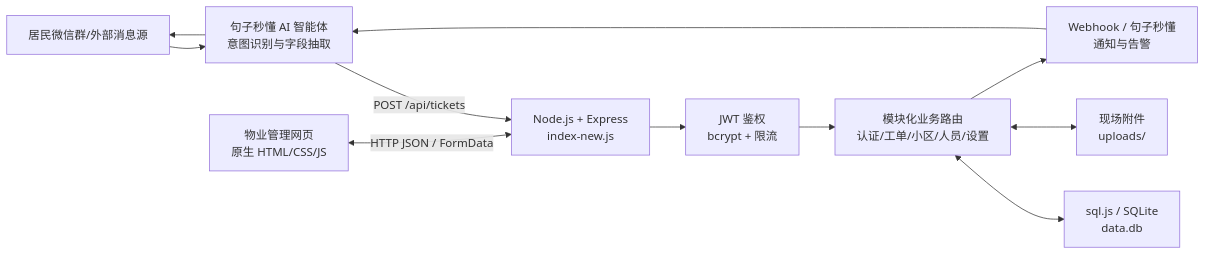
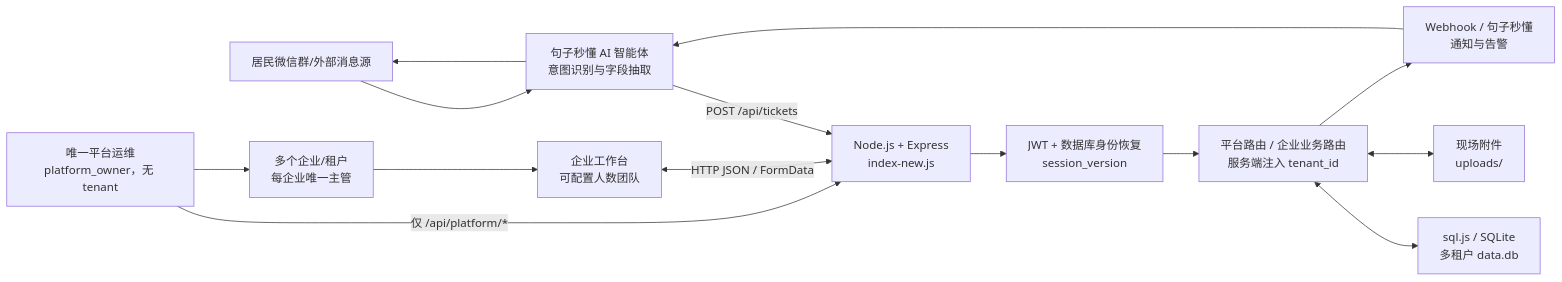
Before and after one commit to yh169499-rgb/property-oa: the first of 5 diagrams in 介绍.md, drawn with Mermaid. The commit also changed other lines of this file and 115 other files, not shown here.

````diff
--- a/介绍.md
+++ b/介绍.md
@@ -67,23 +71,28 @@
 ```mermaid
 flowchart LR
     Resident["居民微信群/外部消息源"]
     Agent["句子秒懂 AI 智能体<br/>意图识别与字段抽取"]
-    Browser["物业管理网页<br/>原生 HTML/CSS/JS"]
+    Platform["唯一平台运维<br/>platform_owner，无 tenant"]
+    Tenants["多个企业/租户<br/>每企业唯一主管"]
+    Browser["企业工作台<br/>可配置人数团队"]
     Express["Node.js + Express<br/>index-new.js"]
-    Auth["JWT 鉴权<br/>bcrypt + 限流"]
-    Routes["模块化业务路由<br/>认证/工单/小区/人员/设置"]
-    DB["sql.js / SQLite<br/>data.db"]
+    Auth["JWT + 数据库身份恢复<br/>session_version"]
+    Routes["平台路由 / 企业业务路由<br/>服务端注入 tenant_id"]
+    DB["sql.js / SQLite<br/>多租户 data.db"]
     Uploads["现场附件<br/>uploads/"]
     Notify["Webhook / 句子秒懂<br/>通知与告警"]
 
     Resident --> Agent
     Agent -->|"POST /api/tickets"| Express
+    Platform -->|"仅 /api/platform/*"| Express
+    Platform --> Tenants
+    Tenants --> Browser
     Browser <-->|"HTTP JSON / FormData"| Express
     Express --> Auth
     Auth --> Routes
     Routes <--> DB
     Routes <--> Uploads
     Routes --> Notify
     Notify --> Agent
     Agent --> Resident
 ```
````
